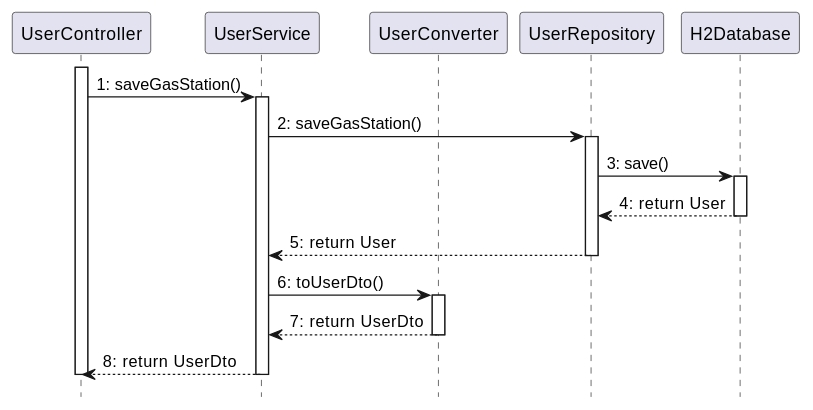
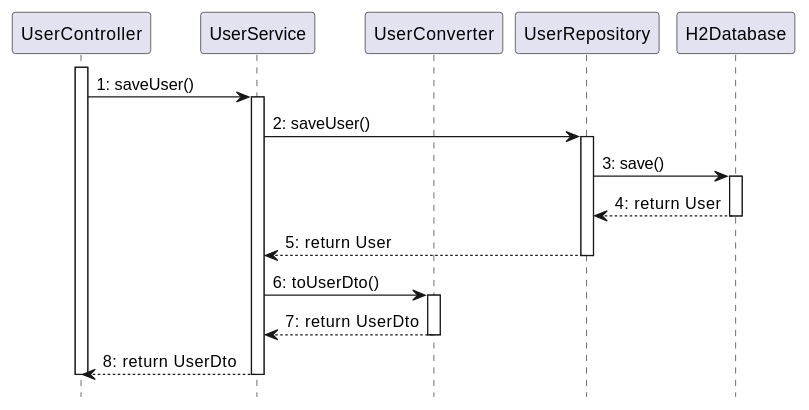
Before and after one commit to SE2-group4/SE1-project: the fifth of 14 diagrams in docs/DesignDocument.md, drawn with PlantUML. The commit also changed other lines of this file, not shown here.

````diff
--- a/docs/DesignDocument.md
+++ b/docs/DesignDocument.md
@@ -619,36 +459,36 @@
 ```plantuml
 @startuml
 hide footbox
 skinparam shadowing false
 
 participant UserController as UC
 participant UserService as US
 participant UserConverter as UCV
 participant UserRepository as UR
 participant H2Database as H2
 
 activate UC
-UC -> US: 1: saveGasStation()
+UC -> US: 1: saveUser()
 activate US
 
-US -> UR: 2: saveGasStation()
+US -> UR: 2: saveUser()
 activate UR
 
 UR -> H2: 3: save()
 
 activate H2
 H2 --> UR: 4: return User
 deactivate H2
 
 UR --> US: 5: return User
 deactivate UR
 
 US -> UCV: 6: toUserDto()
 activate UCV
 UCV --> US: 7: return UserDto
 deactivate UCV
 US --> UC: 8: return UserDto
 deactivate US
 deactivate UC
 @enduml
 ```
````
